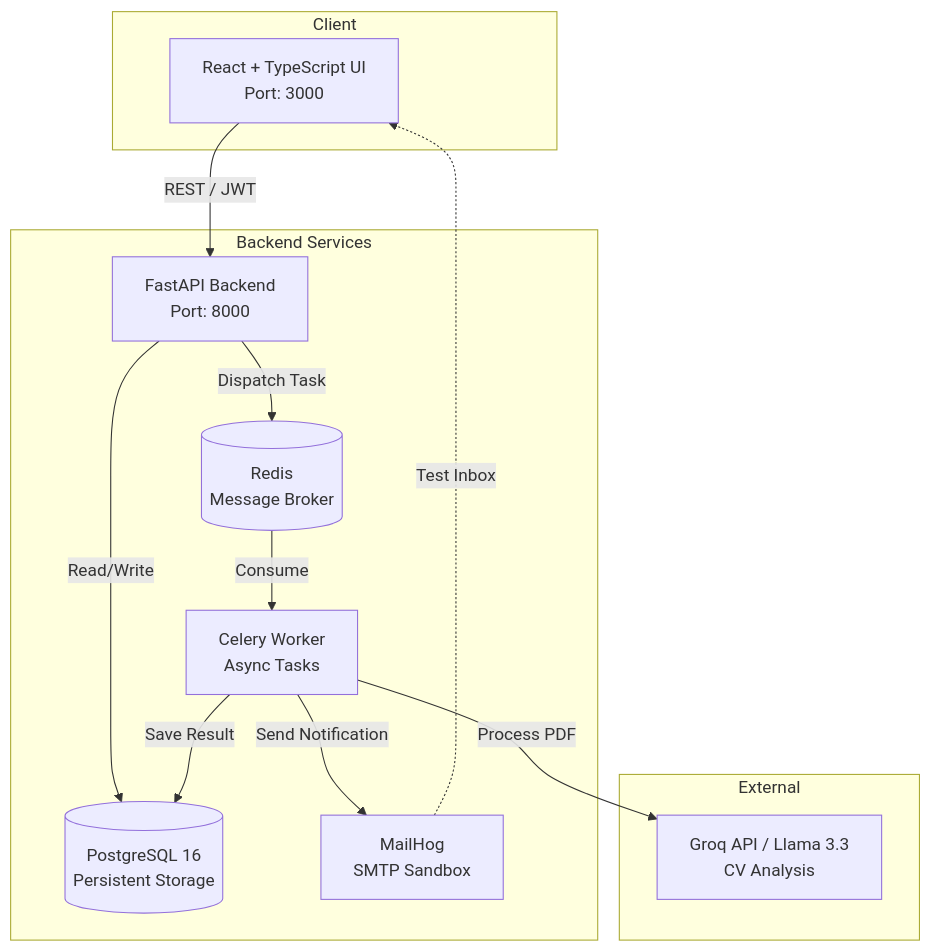
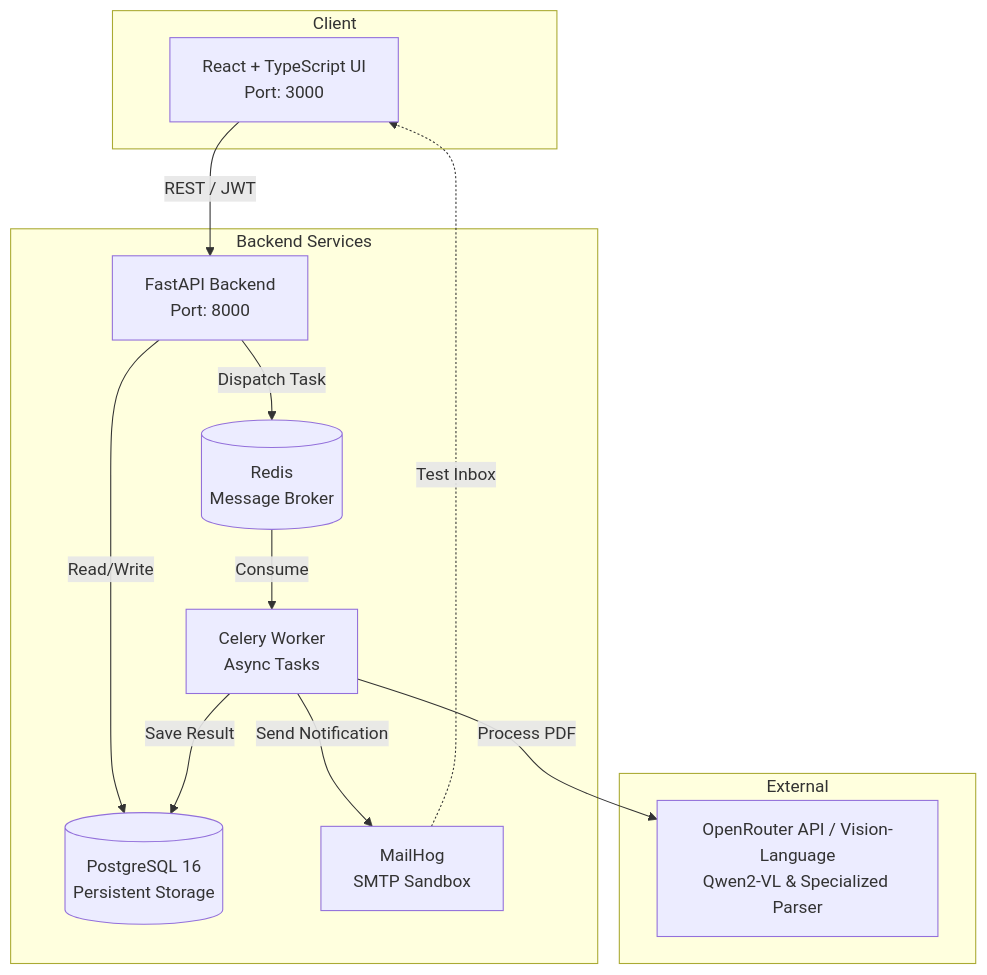
Before and after one commit to fabio-cerundolo/humflow-demo: the diagram in README.md, drawn with Mermaid. The commit also changed other lines of this file and 6 other files, not shown here.

````diff
--- a/README.md
+++ b/README.md
@@ -11,27 +11,27 @@
 ```mermaid
 graph TD
     subgraph Client
         UI[React + TypeScript UI<br/>Port: 3000]
     end
 
     subgraph Backend Services
         API[FastAPI Backend<br/>Port: 8000]
         Worker[Celery Worker<br/>Async Tasks]
         Broker[(Redis<br/>Message Broker)]
         DB[(PostgreSQL 16<br/>Persistent Storage)]
         Mail[MailHog<br/>SMTP Sandbox]
     end
 
     subgraph External
-        AI[Groq API / Llama 3.3<br/>CV Analysis]
+        AI[OpenRouter API / Vision-Language<br/>Qwen2-VL & Specialized Parser]
     end
 
     UI -->|REST / JWT| API
     API -->|Read/Write| DB
     API -->|Dispatch Task| Broker
     Broker -->|Consume| Worker
     Worker -->|Process PDF| AI
     Worker -->|Save Result| DB
     Worker -->|Send Notification| Mail
     Mail -.->|Test Inbox| UI
 ```
````
